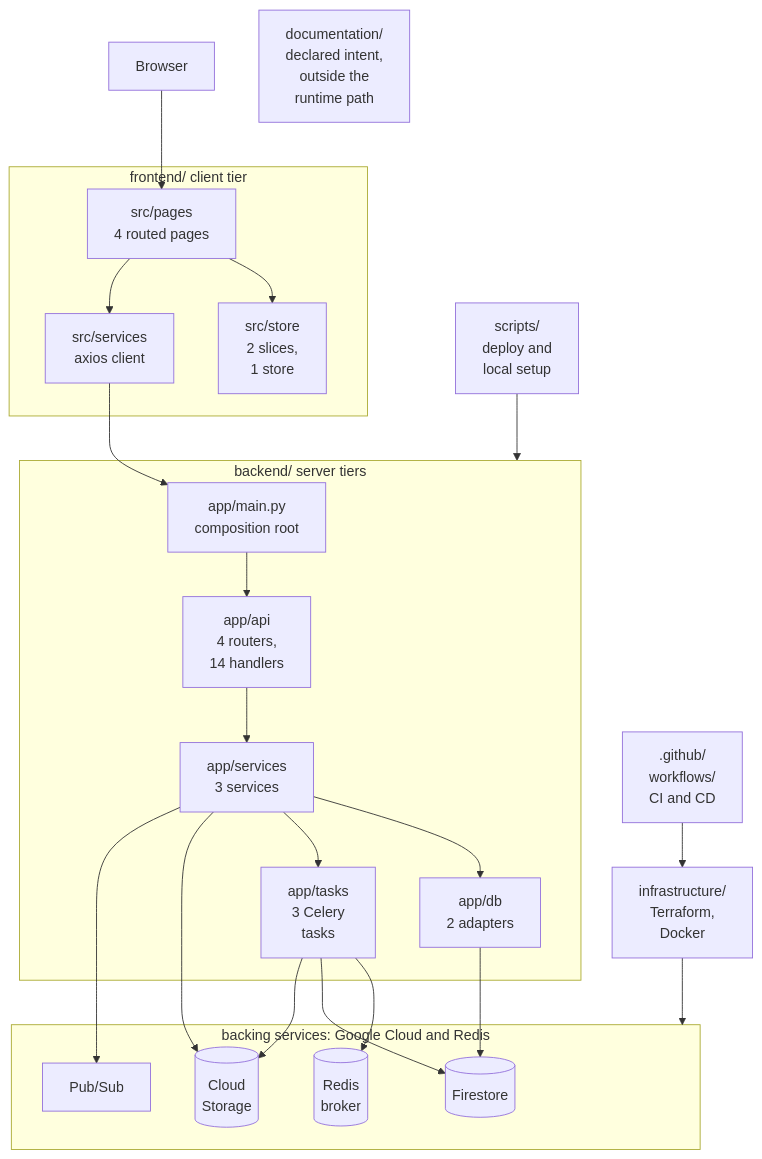
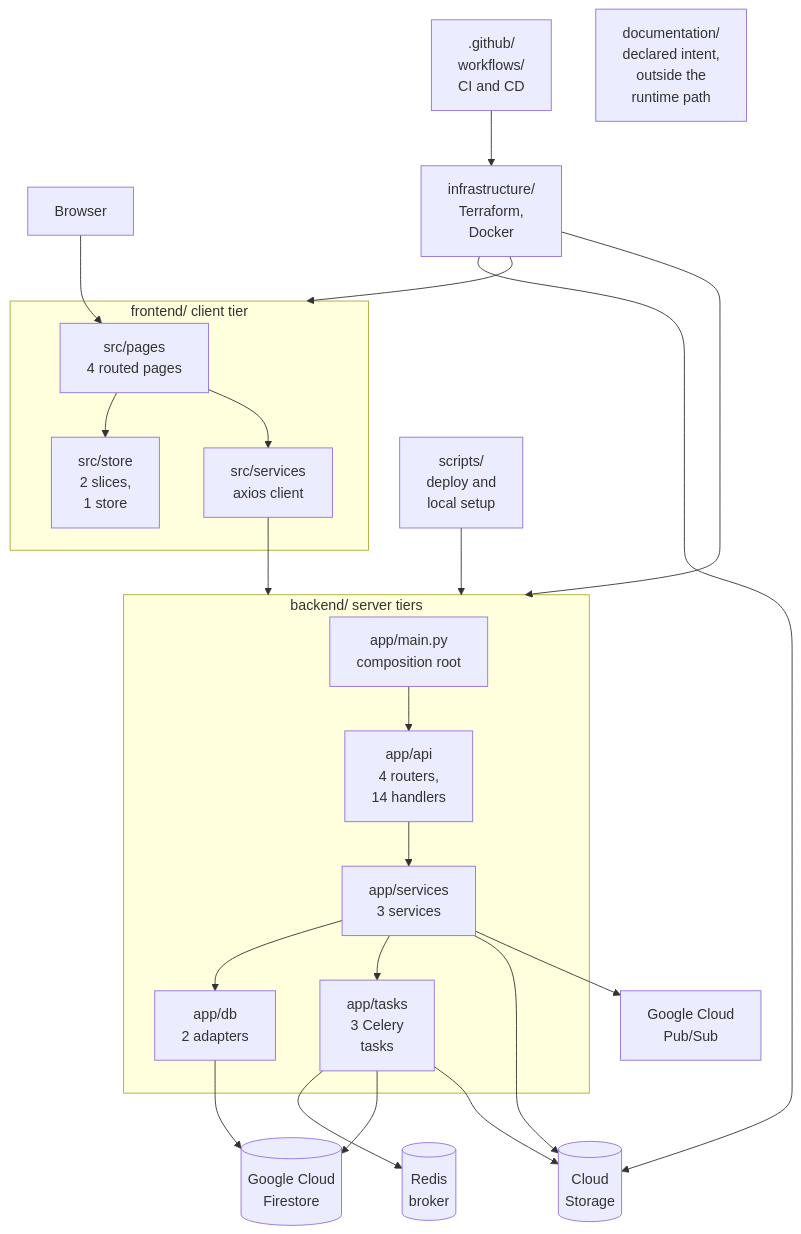
Before and after one commit to blitzy-public-samples/microsoft-word-u33ko0: the first of 2 diagrams in docs/architecture-overview.md, drawn with Mermaid. The commit also changed other lines of this file and 25 other files, not shown here.

````diff
--- a/docs/architecture-overview.md
+++ b/docs/architecture-overview.md
@@ -153,52 +153,52 @@
 ```mermaid
 graph TD
     accTitle: The four tiers, the backing services they fan out to, and the specification boundary
     accDescr: A browser reaches the client tier, the client calls the HTTP API, a handler calls a service, a service calls an adapter or queues work, and the adapters and tasks reach four backing services. Terraform and Docker provision the runtime, the workflows release into it, and the shell scripts stand up a local equivalent. Every edge is intent rather than verified behaviour.
     BROWSER["Browser"]
 
     subgraph FE["frontend/ client tier"]
         PAGES["src/pages<br/>4 routed pages"]
         STORE["src/store<br/>2 slices,<br/>1 store"]
         CLIENT["src/services<br/>axios client"]
     end
 
     subgraph BE["backend/ server tiers"]
         MAIN["app/main.py<br/>composition root"]
         ROUTERS["app/api<br/>4 routers,<br/>14 handlers"]
         SERVICES["app/services<br/>3 services"]
         ADAPTERS["app/db<br/>2 adapters"]
         TASKS["app/tasks<br/>3 Celery<br/>tasks"]
     end
 
-    subgraph CLOUD["backing services: Google Cloud and Redis"]
-        FS[("Firestore")]
-        GCS[("Cloud<br/>Storage")]
-        PUBSUB["Pub/Sub"]
-        BROKER[("Redis<br/>broker")]
-    end
+    FS[("Google Cloud<br/>Firestore")]
+    GCS[("Cloud<br/>Storage")]
+    PUBSUB["Google Cloud<br/>Pub/Sub"]
+    BROKER[("Redis<br/>broker")]
 
     INFRA["infrastructure/<br/>Terraform,<br/>Docker"]
     PIPE[".github/<br/>workflows/<br/>CI and CD"]
     SH["scripts/<br/>deploy and<br/>local setup"]
     SPEC["documentation/<br/>declared intent,<br/>outside the<br/>runtime path"]
 
     BROWSER --> PAGES
     PAGES --> STORE
     PAGES --> CLIENT
-    CLIENT --> MAIN
+    CLIENT --> BE
     MAIN --> ROUTERS
     ROUTERS --> SERVICES
     SERVICES --> ADAPTERS
     SERVICES --> TASKS
     ADAPTERS --> FS
     SERVICES --> GCS
     SERVICES --> PUBSUB
     TASKS --> BROKER
     TASKS --> FS
     TASKS --> GCS
-    INFRA --> CLOUD
+    INFRA --> GCS
     PIPE --> INFRA
     SH --> BE
+    INFRA --> FE
+    INFRA --> BE
 
 %% Solid edges only. Every edge here is intent, not verified behaviour.
 ```
````
